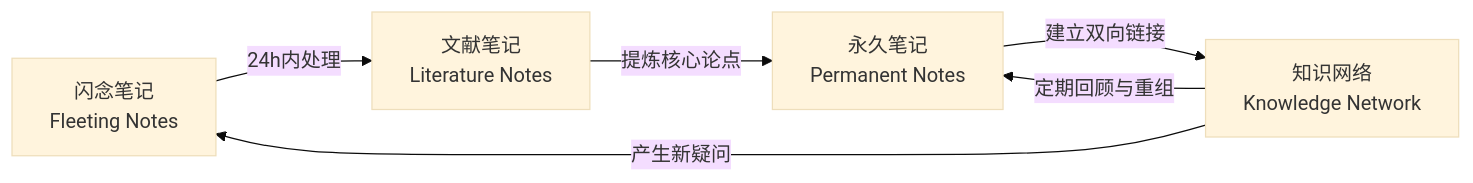
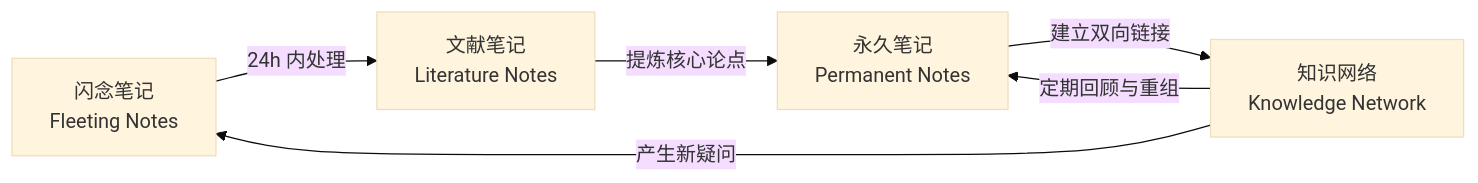
The second of 2 diagrams in 00_KnowledgeFramework/NoteTaking/Zettelkasten.md (Tianshang301/TianshangKnowledgeBase), drawn with Mermaid (base theme) before and after one commit. The commit also changed other lines of this file and 2257 other files, not shown here.

````diff
--- a/00_KnowledgeFramework/NoteTaking/Zettelkasten.md
+++ b/00_KnowledgeFramework/NoteTaking/Zettelkasten.md
@@ -210,9 +212,9 @@
 ```mermaid
 flowchart LR
   FN[闪念笔记<br/>Fleeting Notes]
-  FN -->|24h内处理| LN[文献笔记<br/>Literature Notes]
+  FN -->|24h 内处理| LN[文献笔记<br/>Literature Notes]
   LN -->|提炼核心论点| PN[永久笔记<br/>Permanent Notes]
   PN -->|建立双向链接| KN[知识网络<br/>Knowledge Network]
   KN -->|产生新疑问| FN
   KN -->|定期回顾与重组| PN
 ```
````
